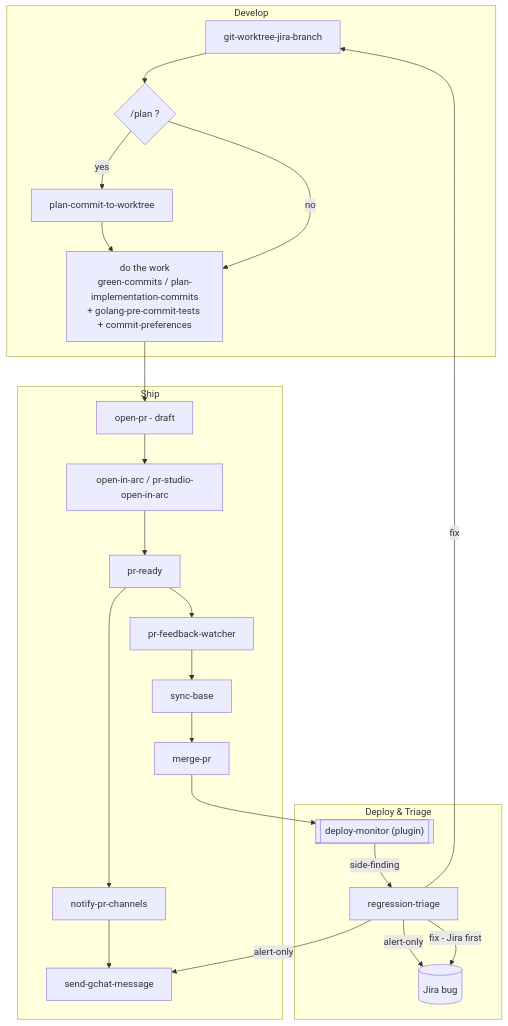
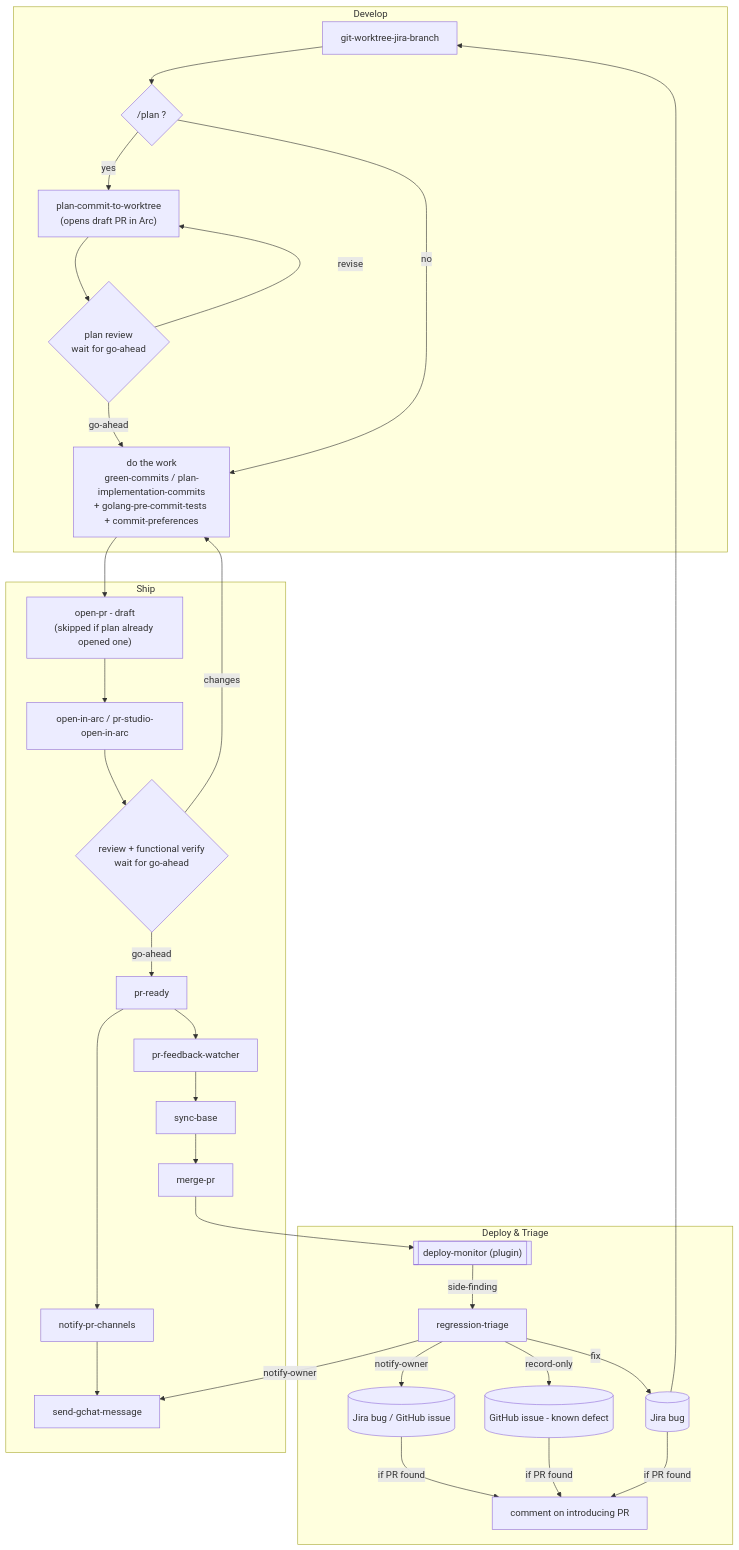
The diagram in claude/skills/README.md (benjfactor/dotfiles), drawn with Mermaid before and after one commit.

First paragraph of the commit message:
docs(skills): show plan and work review gates in skill flow (#20)
* docs(skills): show plan and work review gates in skill flow

````diff
--- a/claude/skills/README.md
+++ b/claude/skills/README.md
@@ -31,37 +31,47 @@
 ```mermaid
 flowchart TD
     subgraph Develop
         WT[git-worktree-jira-branch]
         PLAN{"/plan ?"}
-        PCW[plan-commit-to-worktree]
+        PCW["plan-commit-to-worktree<br/>(opens draft PR in Arc)"]
+        PGATE{"plan review<br/>wait for go-ahead"}
         WORK["do the work<br/>green-commits / plan-implementation-commits<br/>+ golang-pre-commit-tests + commit-preferences"]
     end
     subgraph Ship
-        DRAFT[open-pr - draft]
+        DRAFT["open-pr - draft<br/>(skipped if plan already opened one)"]
         ARC[open-in-arc / pr-studio-open-in-arc]
+        WGATE{"review + functional verify<br/>wait for go-ahead"}
         READY[pr-ready]
         NOTIFY[notify-pr-channels]
         GCHAT[send-gchat-message]
         FB[pr-feedback-watcher]
         SYNC[sync-base]
         MERGE[merge-pr]
     end
     subgraph DeployTriage["Deploy & Triage"]
         DM[["deploy-monitor (plugin)"]]
         RT[regression-triage]
         JIRA[(Jira bug)]
+        TRACKER[(Jira bug / GitHub issue)]
+        KNOWN[(GitHub issue - known defect)]
+        PRC[comment on introducing PR]
     end
 
     WT --> PLAN
-    PLAN -- yes --> PCW --> WORK
+    PLAN -- yes --> PCW --> PGATE
+    PGATE -- go-ahead --> WORK
+    PGATE -- revise --> PCW
     PLAN -- no --> WORK
-    WORK --> DRAFT --> ARC --> READY
+    WORK --> DRAFT --> ARC --> WGATE
+    WGATE -- go-ahead --> READY
+    WGATE -- changes --> WORK
     READY --> NOTIFY --> GCHAT
     READY --> FB
     FB --> SYNC --> MERGE --> DM
     DM -- side-finding --> RT
-    RT -- alert-only --> GCHAT
-    RT -- alert-only --> JIRA
-    RT -- fix - Jira first --> JIRA
-    RT -- fix --> WT
+    RT -- notify-owner --> GCHAT
+    RT -- notify-owner --> TRACKER
+    RT -- record-only --> KNOWN
+    RT -- fix --> JIRA --> WT
+    JIRA & TRACKER & KNOWN -- if PR found --> PRC
 ```
````
